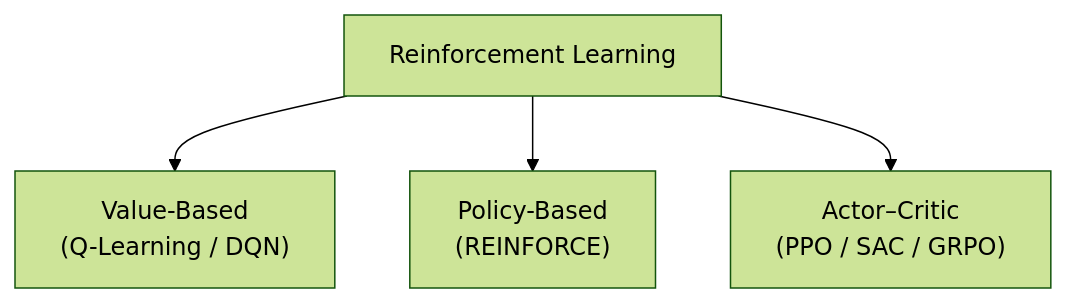
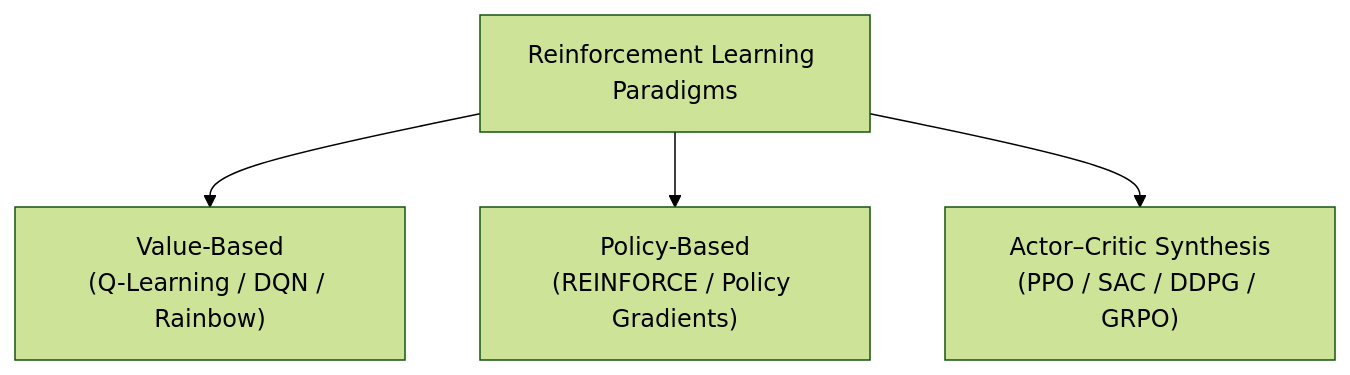
One commit to ishandutta2007/Awesome-Reinforcement-Learning changed the third of 3 diagrams in README.md. Above: the diagram before and after it, drawn with Mermaid (forest theme). The commit also changed other lines of this file and 1 other file, not shown here.

````diff
--- a/README.md
+++ b/README.md
@@ -58,9 +86,7 @@
 ```mermaid
 flowchart TB
-
-A["Reinforcement Learning"]
-
-A --> B["Value-Based<br/>(Q-Learning / DQN)"]
-A --> C["Policy-Based<br/>(REINFORCE)"]
-A --> D["Actor–Critic<br/>(PPO / SAC / GRPO)"]
+    A["Reinforcement Learning Paradigms"]
+    A --> B["Value-Based<br/>(Q-Learning / DQN / Rainbow)"]
+    A --> C["Policy-Based<br/>(REINFORCE / Policy Gradients)"]
+    A --> D["Actor–Critic Synthesis<br/>(PPO / SAC / DDPG / GRPO)"]
 ```
````
